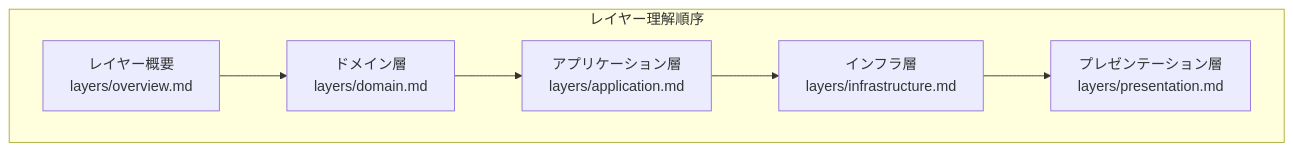
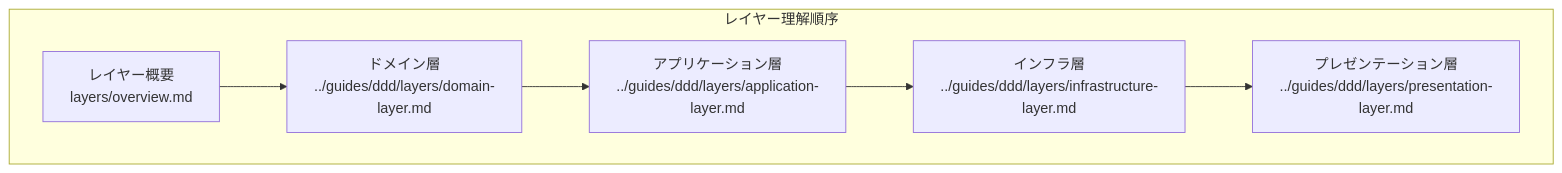
Diagram 17 of 18 in _DOCS/architecture/overview.md (derushio/d-next-ddd-example), drawn with Mermaid before and after one commit. The commit also changed other lines of this file and 102 other files, not shown here.

````diff
--- a/_DOCS/architecture/overview.md
+++ b/_DOCS/architecture/overview.md
@@ -561,9 +560,9 @@
 ```mermaid
 graph TB
     subgraph "レイヤー理解順序"
-        E1[レイヤー概要<br/>layers/overview.md] --> E2[ドメイン層<br/>layers/domain.md]
-        E2 --> E3[アプリケーション層<br/>layers/application.md]
-        E3 --> E4[インフラ層<br/>layers/infrastructure.md]
-        E4 --> E5[プレゼンテーション層<br/>layers/presentation.md]
+        E1[レイヤー概要<br/>layers/overview.md] --> E2[ドメイン層<br/>../guides/ddd/layers/domain-layer.md]
+        E2 --> E3[アプリケーション層<br/>../guides/ddd/layers/application-layer.md]
+        E3 --> E4[インフラ層<br/>../guides/ddd/layers/infrastructure-layer.md]
+        E4 --> E5[プレゼンテーション層<br/>../guides/ddd/layers/presentation-layer.md]
     end
 ```
````
